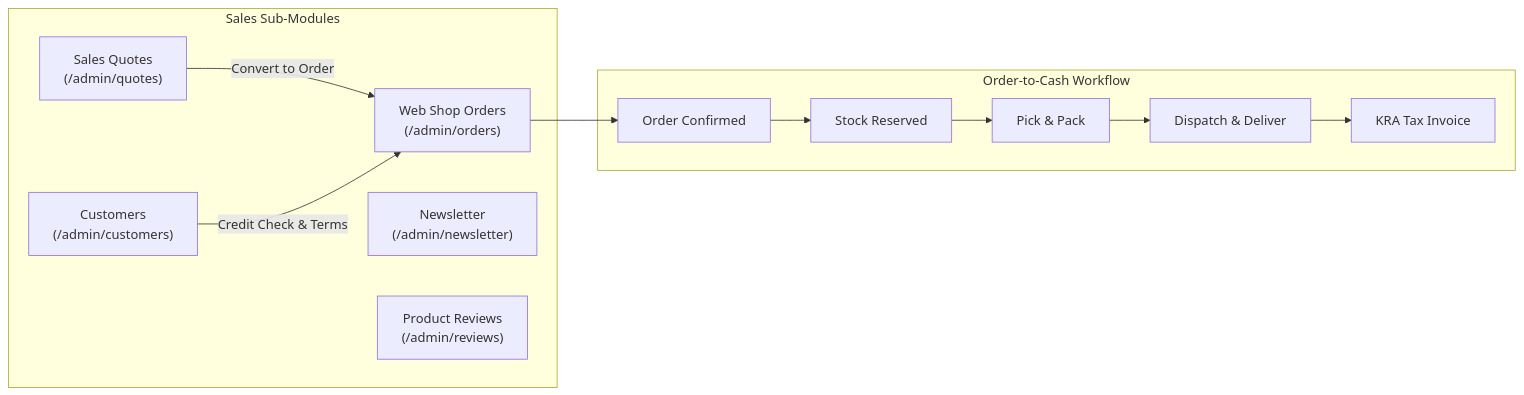
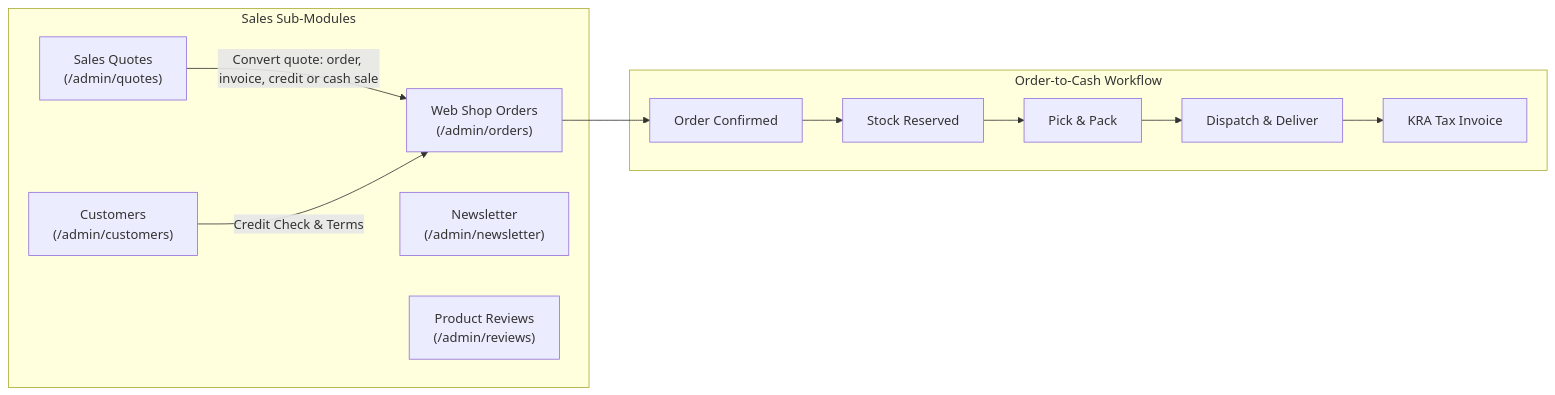
The second of 2 diagrams in docs/implementor-guide/03-sales-quotes-and-customer-orders.md (paullaster/qsell), drawn with Mermaid before and after one commit. The commit also changed other lines of this file and 32 other files, not shown here.

First line of the commit message:
feat(quotes): convert a quote to a sales order, sales invoice, credit sale or cash sale, a quote link that always opens, and a setting for what happens when a customer accepts

````diff
--- a/docs/implementor-guide/03-sales-quotes-and-customer-orders.md
+++ b/docs/implementor-guide/03-sales-quotes-and-customer-orders.md
@@ -58,26 +58,26 @@
 ```mermaid
 graph LR
     subgraph SalesSubModules["Sales Sub-Modules"]
         Q["Sales Quotes\n(/admin/quotes)"]
         O["Web Shop Orders\n(/admin/orders)"]
         C["Customers\n(/admin/customers)"]
         N["Newsletter\n(/admin/newsletter)"]
         R["Product Reviews\n(/admin/reviews)"]
     end
 
     subgraph FulfillmentFlow["Order-to-Cash Workflow"]
         CONF["Order Confirmed"]
         STK["Stock Reserved"]
         PICK["Pick & Pack"]
         SHIP["Dispatch & Deliver"]
         INV["KRA Tax Invoice"]
     end
 
-    Q -- "Convert to Order" --> O
+    Q -- "Convert quote: order, invoice, credit or cash sale" --> O
     C -- "Credit Check & Terms" --> O
     O --> CONF
     CONF --> STK
     STK --> PICK
     PICK --> SHIP
     SHIP --> INV
 ```
````
